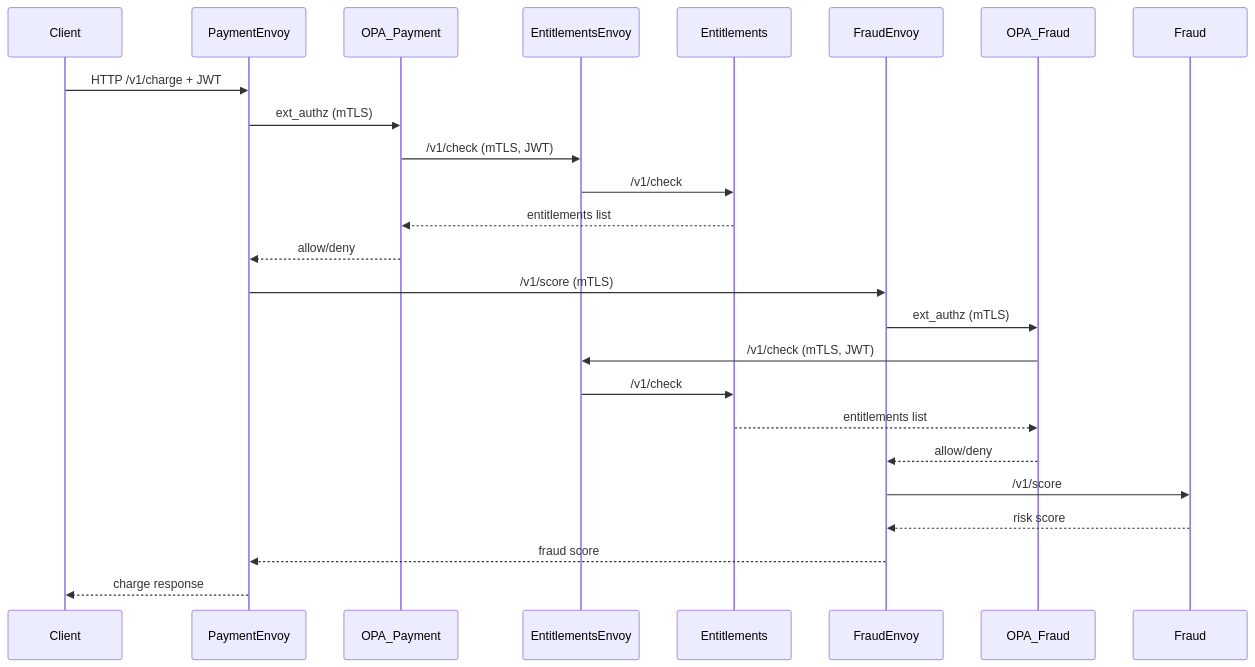
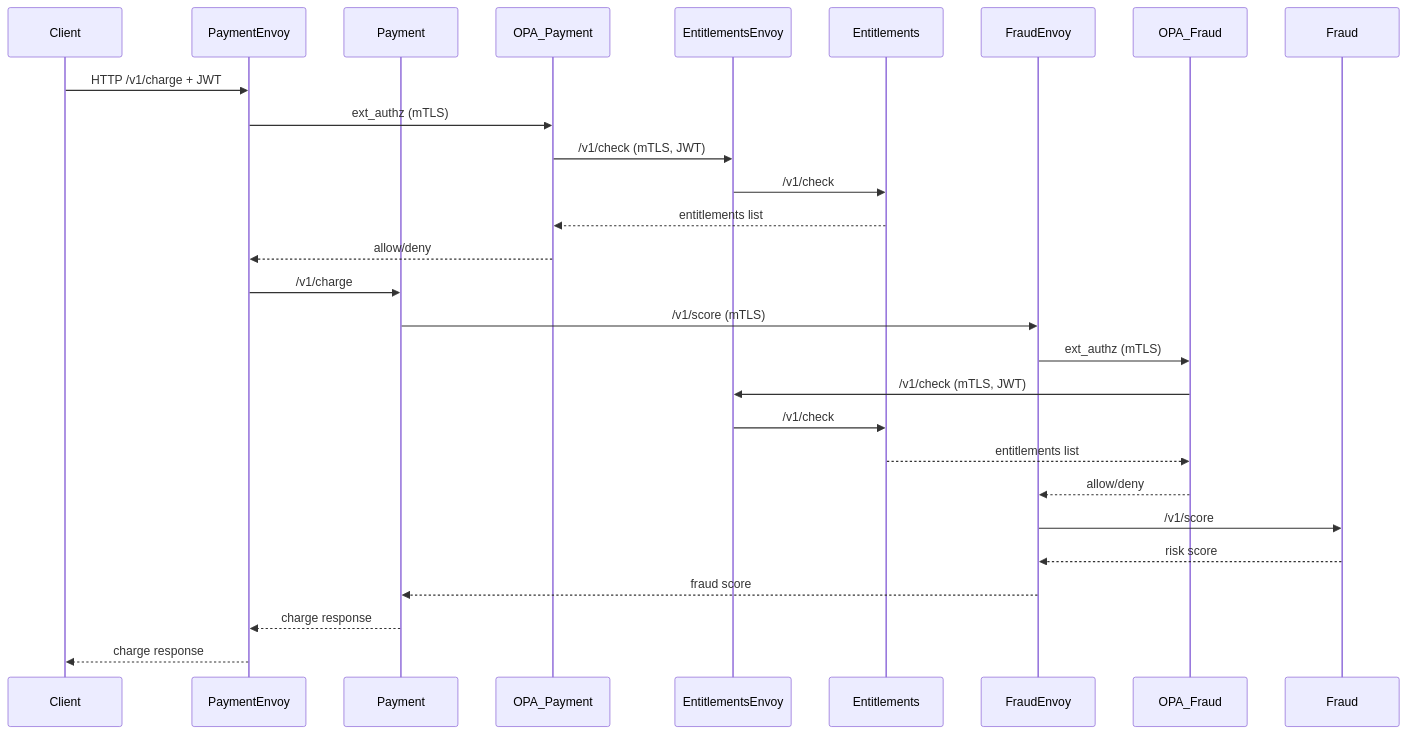
The first of 2 diagrams in README.md (jeremymefford/spiffe-authz), drawn with Mermaid before and after one commit. The commit also changed other lines of this file and 1 other file, not shown here.

Commit message:
Mermaid fixes

````diff
--- a/README.md
+++ b/README.md
@@ -139,28 +139,31 @@
 ```mermaid
 sequenceDiagram
     participant Client
     participant PaymentEnvoy
+    participant Payment
     participant OPA_Payment
     participant EntitlementsEnvoy
     participant Entitlements
     participant FraudEnvoy
     participant OPA_Fraud
     participant Fraud
 
     Client->>PaymentEnvoy: HTTP /v1/charge + JWT
     PaymentEnvoy->>OPA_Payment: ext_authz (mTLS)
     OPA_Payment->>EntitlementsEnvoy: /v1/check (mTLS, JWT)
     EntitlementsEnvoy->>Entitlements: /v1/check
     Entitlements-->>OPA_Payment: entitlements list
     OPA_Payment-->>PaymentEnvoy: allow/deny
-    PaymentEnvoy->>FraudEnvoy: /v1/score (mTLS)
+    PaymentEnvoy->>Payment: /v1/charge
+    Payment->>FraudEnvoy: /v1/score (mTLS)
     FraudEnvoy->>OPA_Fraud: ext_authz (mTLS)
     OPA_Fraud->>EntitlementsEnvoy: /v1/check (mTLS, JWT)
     EntitlementsEnvoy->>Entitlements: /v1/check
     Entitlements-->>OPA_Fraud: entitlements list
     OPA_Fraud-->>FraudEnvoy: allow/deny
     FraudEnvoy->>Fraud: /v1/score
     Fraud-->>FraudEnvoy: risk score
-    FraudEnvoy-->>PaymentEnvoy: fraud score
+    FraudEnvoy-->>Payment: fraud score
+    Payment-->>PaymentEnvoy: charge response
     PaymentEnvoy-->>Client: charge response
 ```
````
